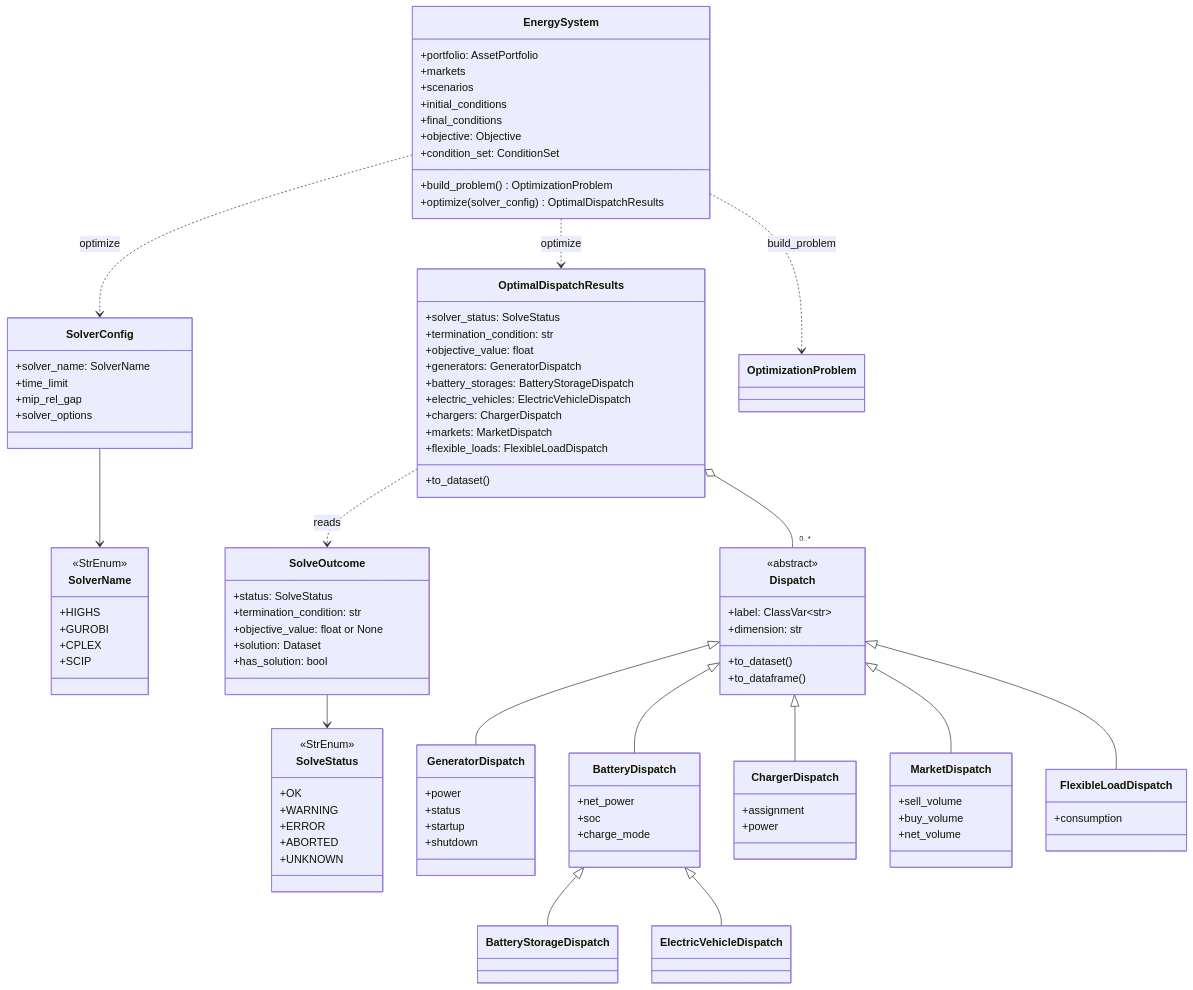
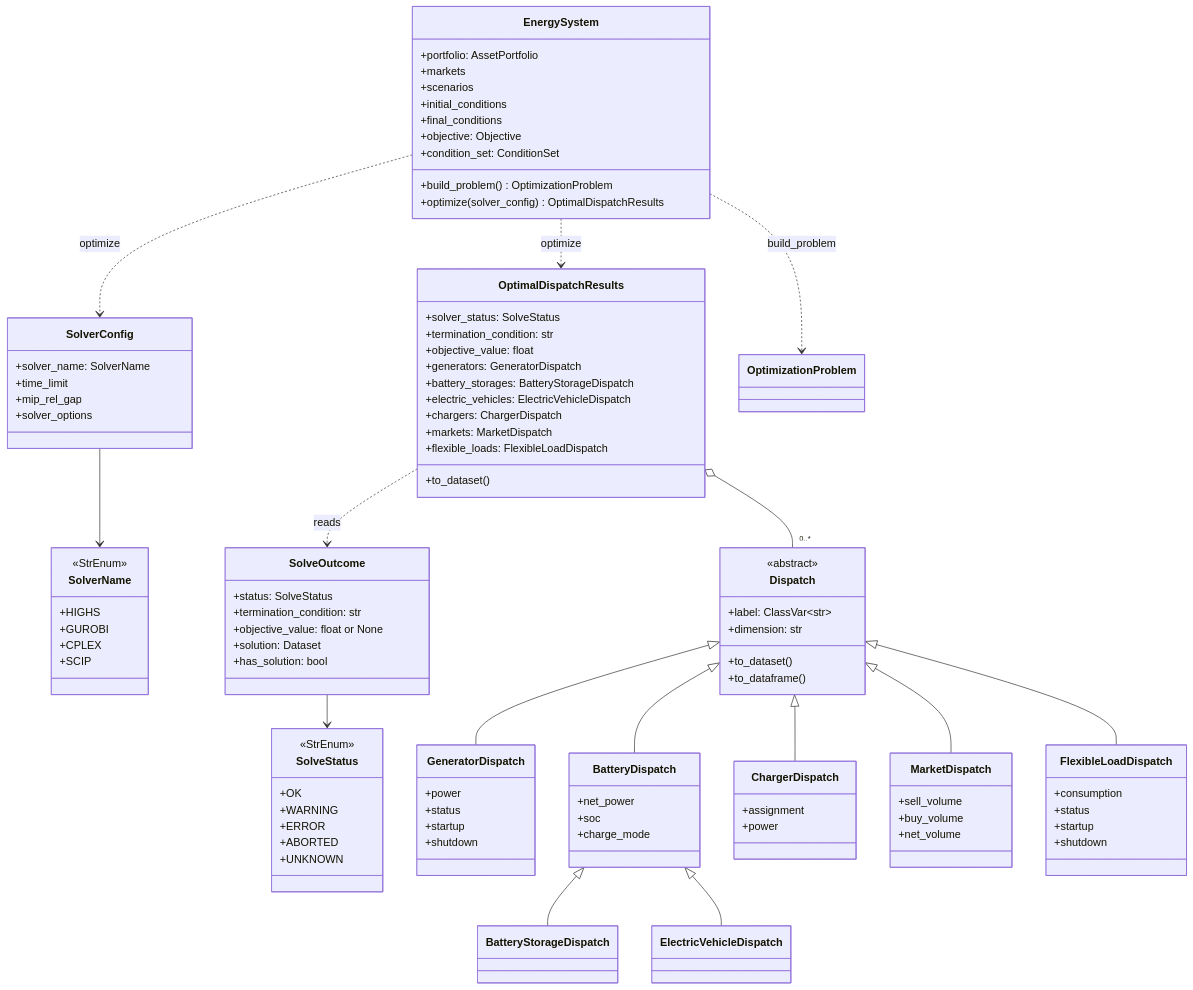
Before and after one commit to ramirocrc/odys: the third of 4 diagrams in docs/developer/data_model.md, drawn with Mermaid. The commit also changed other lines of this file and 20 other files, not shown here.

```diff
--- a/docs/developer/data_model.md
+++ b/docs/developer/data_model.md
@@ -460,6 +461,9 @@
     }
     class FlexibleLoadDispatch {
         +consumption
+        +status
+        +startup
+        +shutdown
     }
     class OptimalDispatchResults {
         +solver_status: SolveStatus
```
